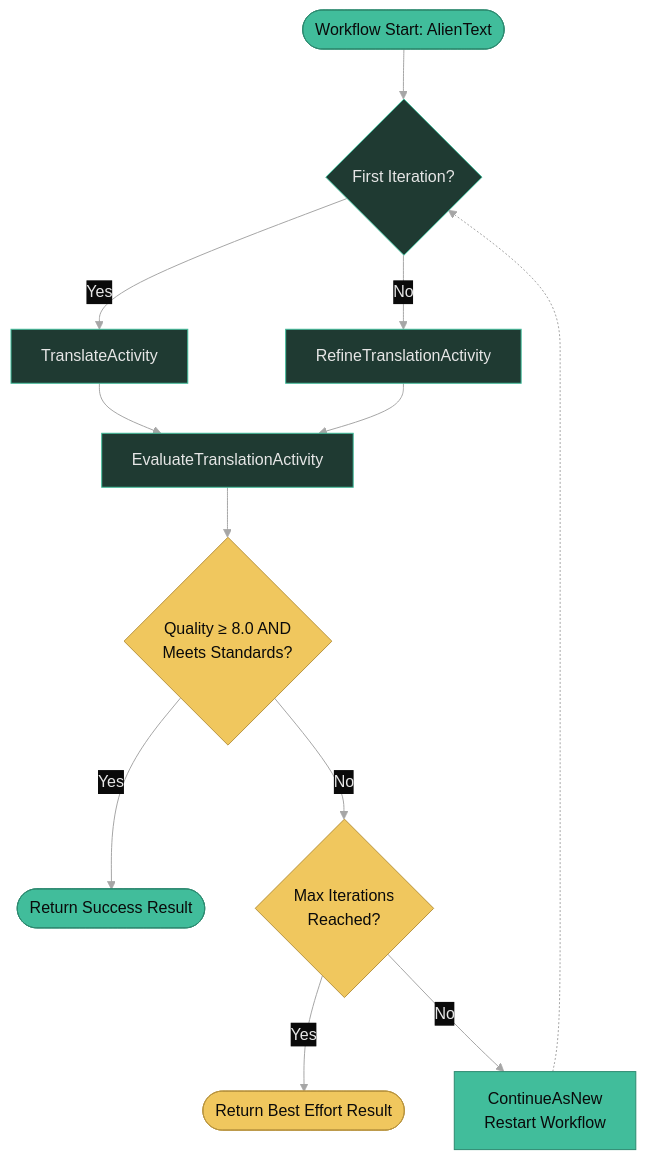
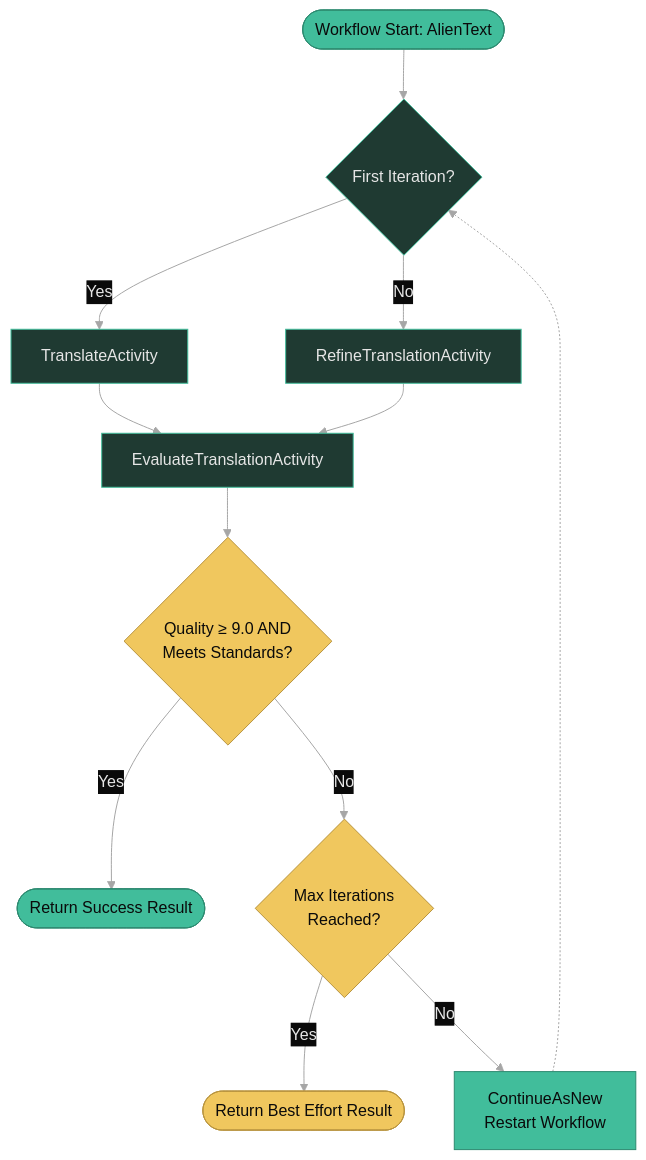
One commit to diagrid-labs/dapr-reliable-agentic-systems changed the diagram in .demo/slides/11-evaluator-optimizer/11-05-demo-diagram.md. Above: the diagram before and after it, drawn with Mermaid. The commit also changed 7 other files, not shown here.

````diff
--- a/.demo/slides/11-evaluator-optimizer/11-05-demo-diagram.md
+++ b/.demo/slides/11-evaluator-optimizer/11-05-demo-diagram.md
@@ -3,22 +3,22 @@
 ```mermaid
 %%{init: {"theme":"base","themeVariables":{"background":"#0a0a0a","primaryColor":"#1f3a32","primaryTextColor":"#e6e6e6","primaryBorderColor":"#41BD9B","lineColor":"#A6A6A6","secondaryColor":"#111315","tertiaryColor":"#111315","clusterBkg":"#111315","clusterBorder":"#41BD9B","titleColor":"#F0C75E","edgeLabelBackground":"#0a0a0a","noteBkgColor":"#111315","noteTextColor":"#e6e6e6","noteBorderColor":"#41BD9B","actorBkg":"#1f3a32","actorBorder":"#41BD9B","actorTextColor":"#e6e6e6","actorLineColor":"#A6A6A6","signalColor":"#A6A6A6","signalTextColor":"#e6e6e6","labelBoxBkgColor":"#0a0a0a","labelBoxBorderColor":"#41BD9B","labelTextColor":"#e6e6e6","loopTextColor":"#e6e6e6","altSectionBkgColor":"#111315","sectionBkgColor":"#111315","fontFamily":"Geist,sans-serif"}}}%%
 graph TD
     Start([Workflow Start: AlienText]) --> Check1{First Iteration?}
     Check1 -->|Yes| A1[TranslateActivity]
     Check1 -->|No| A3[RefineTranslationActivity]
     A1 --> A2[EvaluateTranslationActivity]
     A3 --> A2
-    A2 --> Gate1{Quality ≥ 8.0 AND<br/>Meets Standards?}
+    A2 --> Gate1{Quality ≥ 9.0 AND<br/>Meets Standards?}
     Gate1 -->|Yes| Success([Return Success Result])
     Gate1 -->|No| Gate2{Max Iterations<br/>Reached?}
     Gate2 -->|Yes| MaxReached([Return Best Effort Result])
     Gate2 -->|No| Restart[ContinueAsNew<br/>Restart Workflow]
     Restart -.-> Check1
     
     style Start fill:#41BD9B,stroke:#2d8a70,color:#0a0a0a
     style Success fill:#41BD9B,stroke:#2d8a70,color:#0a0a0a
     style MaxReached fill:#F0C75E,stroke:#b8943f,color:#0a0a0a
     style Gate1 fill:#F0C75E,stroke:#b8943f,color:#0a0a0a
     style Gate2 fill:#F0C75E,stroke:#b8943f,color:#0a0a0a
     style Restart fill:#41BD9B,stroke:#2d8a70,color:#0a0a0a
 ```
````
